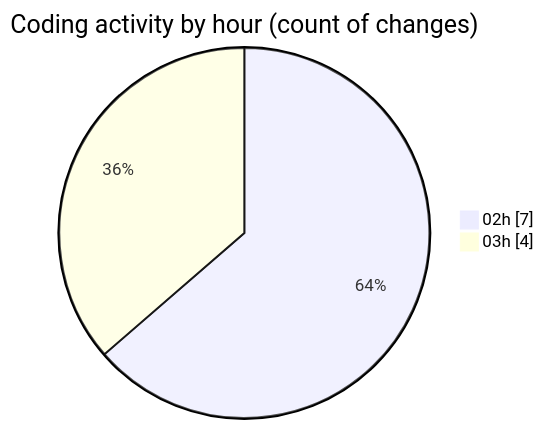
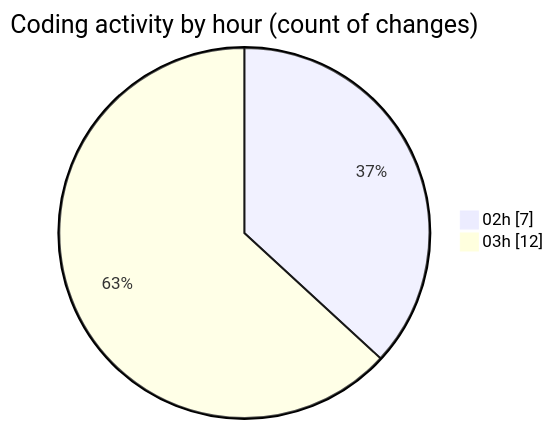
One commit to JenPaints/code-tracking changed the second of 2 diagrams in 2025-05-29/kimberly-groups/README.md. Above: the diagram before and after it, drawn with Mermaid. The commit also changed other lines of this file and 1 other file, not shown here.

````diff
--- a/2025-05-29/kimberly-groups/README.md
+++ b/2025-05-29/kimberly-groups/README.md
@@ -30,6 +30,6 @@
 ```mermaid
 pie showData
 title Coding activity by hour (count of changes)
 "02h" : 7
-"03h" : 4
+"03h" : 12
 ```
````
